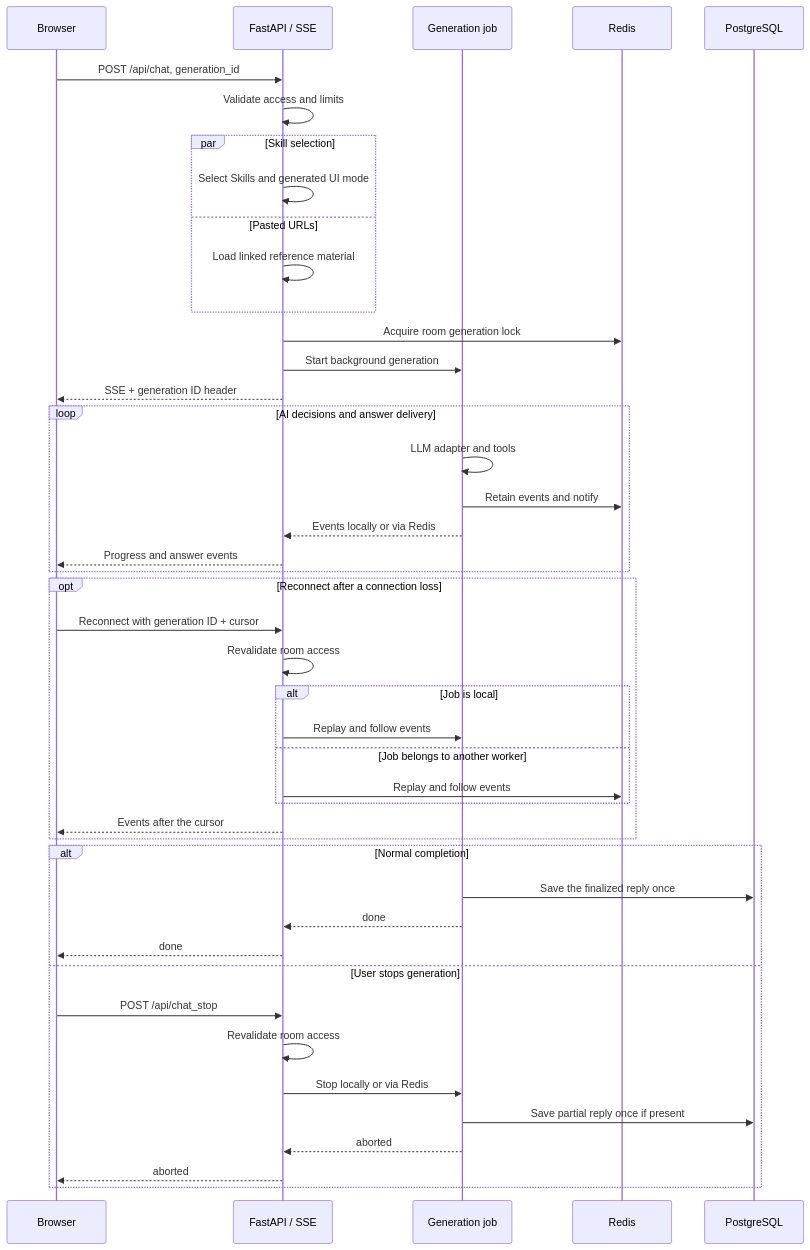
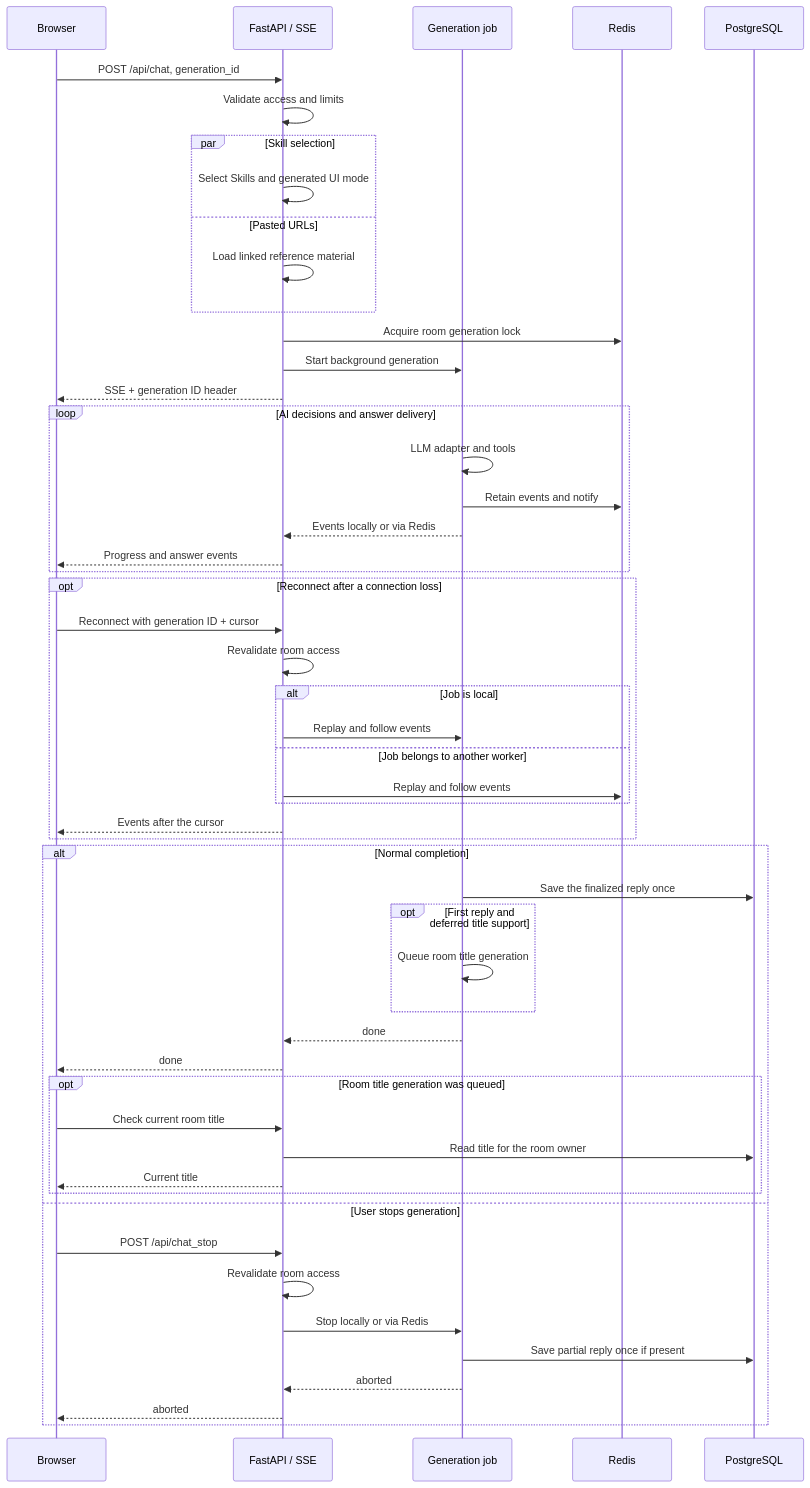
The third of 8 diagrams in README.md (kota-kawa/ChatCore-AI), drawn with Mermaid before and after one commit. The commit also changed other lines of this file and 34 other files, not shown here.

Commit message:
初回回答の完了をタイトル生成から分離する / Complete the first reply without waiting for the room title

````diff
--- a/README.md
+++ b/README.md
@@ -119,47 +119,55 @@
 ```mermaid
 sequenceDiagram
     participant Browser
     participant API as FastAPI / SSE
     participant Job as Generation job
     participant Redis
     participant DB as PostgreSQL
 
     Browser->>API: POST /api/chat, generation_id
     API->>API: Validate access and limits
     par Skill selection
         API->>API: Select Skills and generated UI mode
     and Pasted URLs
         API->>API: Load linked reference material
     end
     API->>Redis: Acquire room generation lock
     API->>Job: Start background generation
     API-->>Browser: SSE + generation ID header
     loop AI decisions and answer delivery
         Job->>Job: LLM adapter and tools
         Job->>Redis: Retain events and notify
         Job-->>API: Events locally or via Redis
         API-->>Browser: Progress and answer events
     end
     opt Reconnect after a connection loss
         Browser->>API: Reconnect with generation ID + cursor
         API->>API: Revalidate room access
         alt Job is local
             API->>Job: Replay and follow events
         else Job belongs to another worker
             API->>Redis: Replay and follow events
         end
         API-->>Browser: Events after the cursor
     end
     alt Normal completion
         Job->>DB: Save the finalized reply once
+        opt First reply and deferred title support
+            Job->>Job: Queue room title generation
+        end
         Job-->>API: done
         API-->>Browser: done
+        opt Room title generation was queued
+            Browser->>API: Check current room title
+            API->>DB: Read title for the room owner
+            API-->>Browser: Current title
+        end
     else User stops generation
         Browser->>API: POST /api/chat_stop
         API->>API: Revalidate room access
         API->>Job: Stop locally or via Redis
         Job->>DB: Save partial reply once if present
         Job-->>API: aborted
         API-->>Browser: aborted
     end
 ```
````
